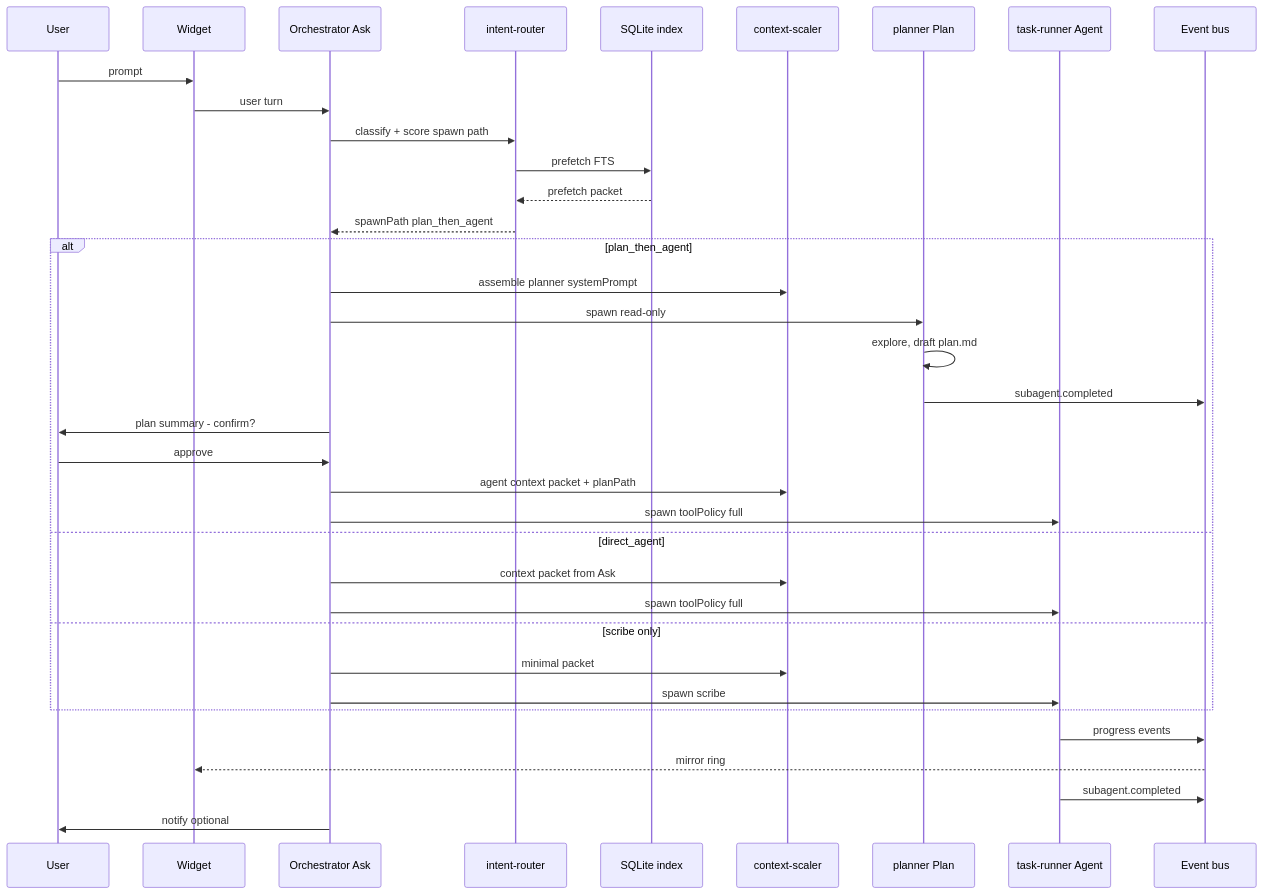
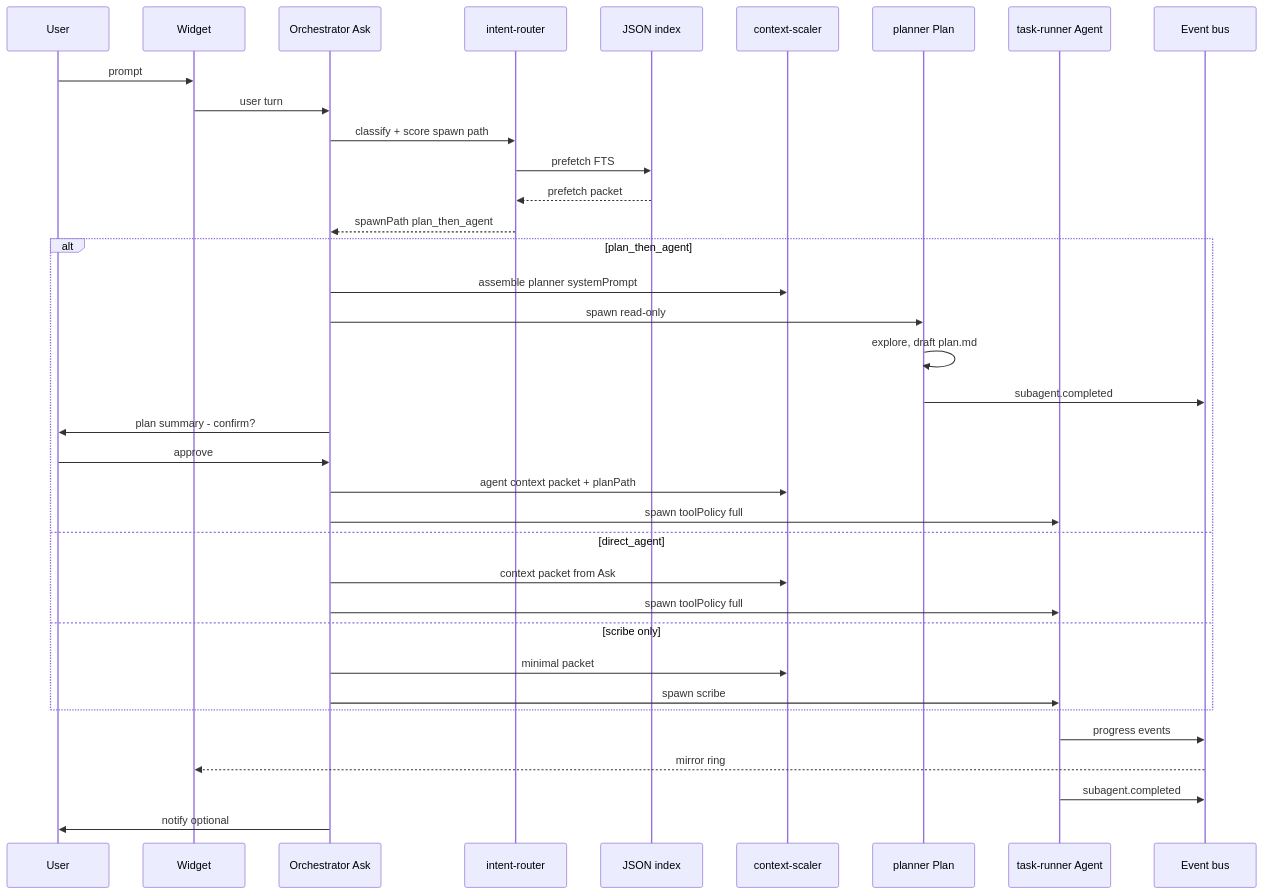
The third of 11 diagrams in docs/BLUEPRINT.md (jahrulnr/sapaloq), drawn with Mermaid before and after one commit. The commit also changed other lines of this file and 34 other files, not shown here.

````diff
--- a/docs/BLUEPRINT.md
+++ b/docs/BLUEPRINT.md
@@ -335,41 +335,41 @@
 ```mermaid
 sequenceDiagram
   participant U as User
   participant W as Widget
   participant O as Orchestrator Ask
   participant IR as intent-router
-  participant IX as SQLite index
+  participant IX as JSON index
   participant CS as context-scaler
   participant P as planner Plan
   participant A as task-runner Agent
   participant BUS as Event bus
 
   U->>W: prompt
   W->>O: user turn
   O->>IR: classify + score spawn path
   IR->>IX: prefetch FTS
   IX-->>IR: prefetch packet
   IR-->>O: spawnPath plan_then_agent
 
   alt plan_then_agent
     O->>CS: assemble planner systemPrompt
     O->>P: spawn read-only
     P->>P: explore, draft plan.md
     P->>BUS: subagent.completed
     O->>U: plan summary - confirm?
     U->>O: approve
     O->>CS: agent context packet + planPath
     O->>A: spawn toolPolicy full
   else direct_agent
     O->>CS: context packet from Ask
     O->>A: spawn toolPolicy full
   else scribe only
     O->>CS: minimal packet
     O->>A: spawn scribe
   end
 
   A->>BUS: progress events
   BUS-->>W: mirror ring
   A->>BUS: subagent.completed
   O->>U: notify optional
 ```
````
